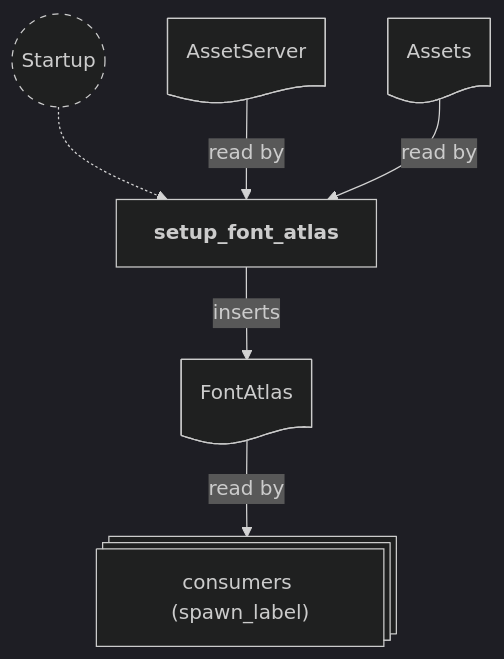
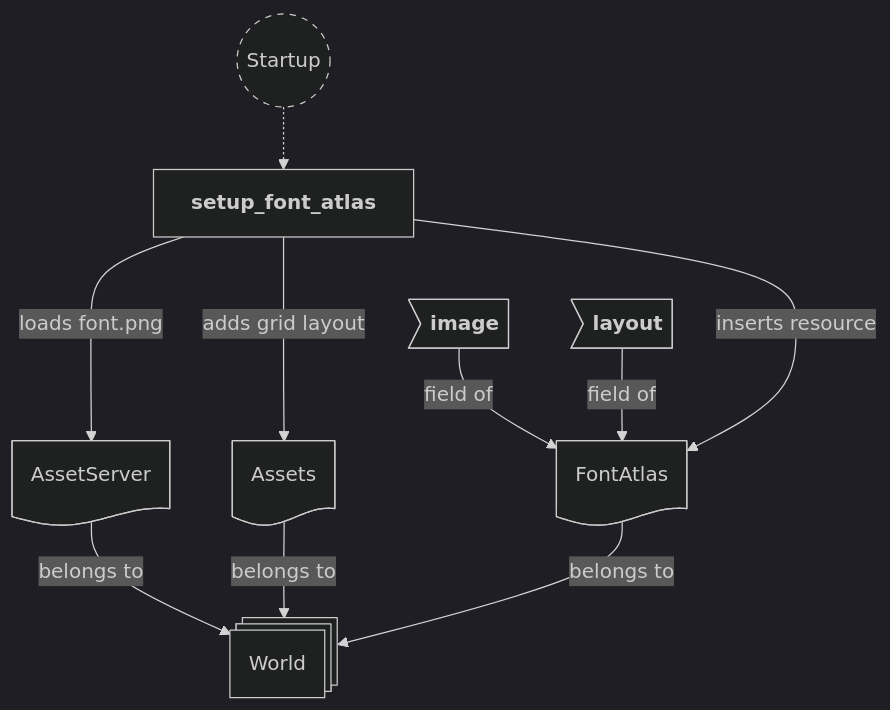
The first of 3 diagrams in backlog/docs/doc-17 - 015-Text-plugin.md (neurosoup/tyled), drawn with Mermaid before and after one commit. The commit also changed other lines of this file, not shown here.

````diff
--- a/backlog/docs/doc-17 - 015-Text-plugin.md
+++ b/backlog/docs/doc-17 - 015-Text-plugin.md
@@ -46,24 +42,32 @@
 ```mermaid
 ---
 config:
   theme: dark
 ---
 
 flowchart TD
 classDef system-group stroke-dasharray: 5 5
 
 startup(("`Startup`")):::system-group
-setup["`**setup_font_atlas**`"]
+setup_font_atlas["`**setup_font_atlas**`"]
 
-startup -.-> setup
+startup -.-> setup_font_atlas
 
+world@{ shape: st-rect, label: "World" }
 asset_server@{ shape: doc, label: "AssetServer" }
 layouts@{ shape: doc, label: "Assets<TextureAtlasLayout>" }
 font_res@{ shape: doc, label: "FontAtlas" }
-consumers@{ shape: st-rect, label: "consumers (spawn_label)" }
 
-asset_server --> |read by| setup
-layouts --> |read by| setup
-setup --> |inserts| font_res
-font_res --> |read by| consumers
+fa_image>"`**image**`"]
+fa_layout>"`**layout**`"]
+
+asset_server --> |belongs to| world
+layouts --> |belongs to| world
+font_res --> |belongs to| world
+fa_image --> |field of| font_res
+fa_layout --> |field of| font_res
+
+setup_font_atlas ---> |"loads font.png"| asset_server
+setup_font_atlas ---> |adds grid layout| layouts
+setup_font_atlas ---> |inserts resource| font_res
 ```
````
